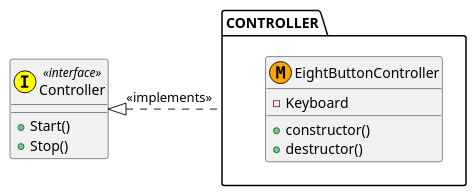
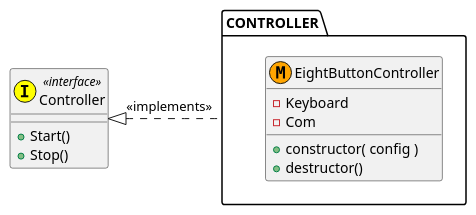
Before and after one commit to kaorukakinuma/controller: the diagram in README.md, drawn with PlantUML.

````diff
--- a/README.md
+++ b/README.md
@@ -21,19 +21,20 @@
 ```plantuml
 @startuml
 
 class Controller << (I, yellow) interface >> {
     + Start()
     + Stop()
 }
 namespace CONTROLLER {
     class EightButtonController << (M, orange) >> {
         - Keyboard
-        + constructor()
+        - Com
+        + constructor( config )
         + destructor()
     }
 }
 
 Controller <|. CONTROLLER : <<implements>>
 
 @enduml
 ```
````
